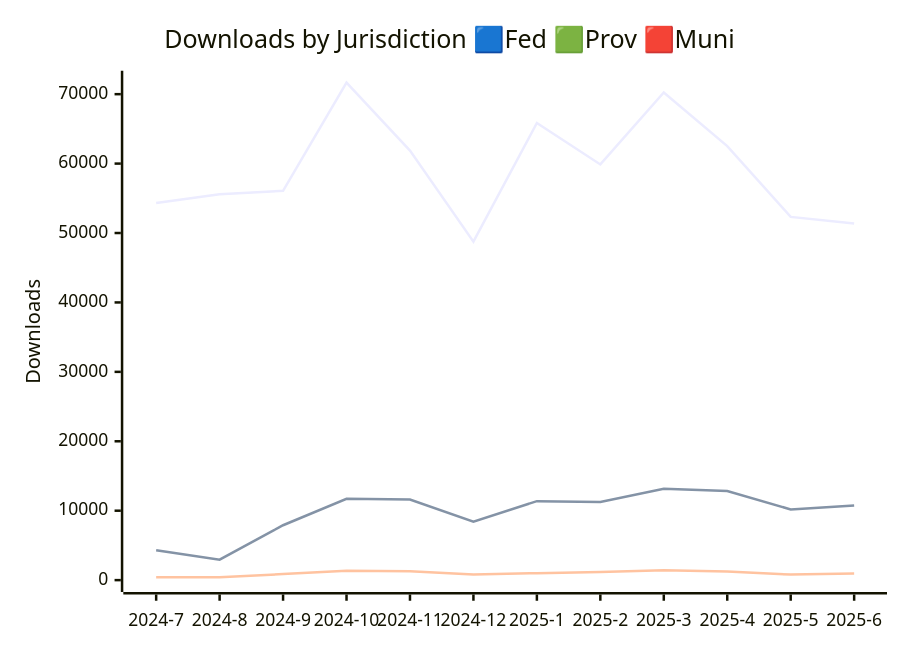
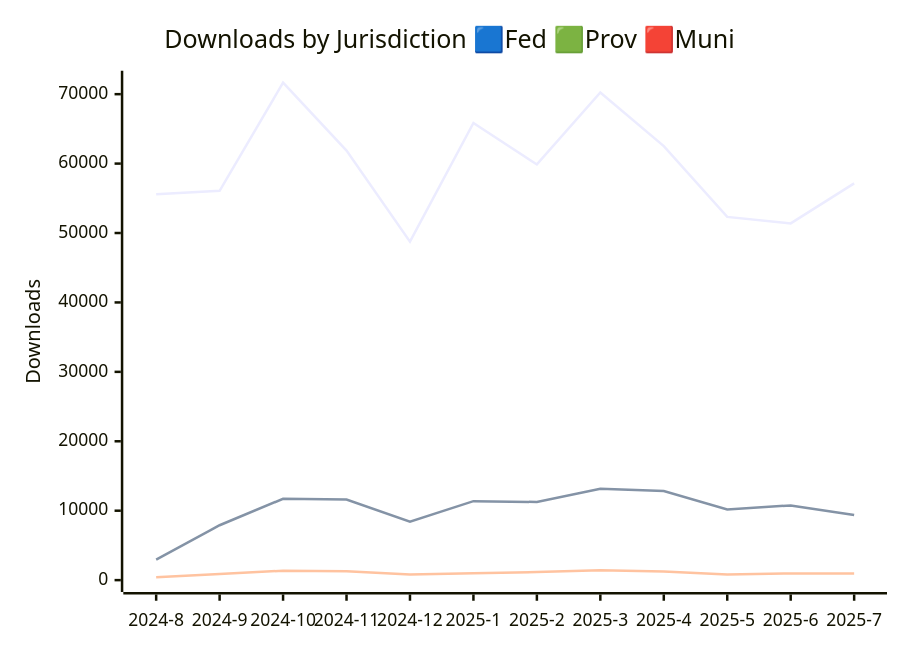
The diagram in JURISDICTION_ANALYTICS_REPORT/readme.md (open-data/analytics-corporate-reporting), drawn with Mermaid before and after one commit. The commit also changed 3 other files, not shown here.

````diff
--- a/JURISDICTION_ANALYTICS_REPORT/readme.md
+++ b/JURISDICTION_ANALYTICS_REPORT/readme.md
@@ -4,10 +4,10 @@
 ```mermaid
 
 xychart-beta
     title "Downloads by Jurisdiction 🟦Fed 🟩Prov 🟥Muni"
-    x-axis [2024-7, 2024-8, 2024-9, 2024-10, 2024-11, 2024-12, 2025-1, 2025-2, 2025-3, 2025-4, 2025-5, 2025-6]
+    x-axis [2024-8, 2024-9, 2024-10, 2024-11, 2024-12, 2025-1, 2025-2, 2025-3, 2025-4, 2025-5, 2025-6, 2025-7]
     y-axis "Downloads" 0 --> 71663
-    line [54331, 55592, 56076, 71653, 61880, 48751, 65843, 59878, 70251, 62520, 52323, 51386]
-    line [4302, 2950, 7908, 11721, 11599, 8410, 11374, 11259, 13159, 12835, 10186, 10758]
-    line [416, 398, 879, 1358, 1267, 801, 1001, 1170, 1408, 1229, 806, 966]
+    line [55592, 56076, 71653, 61880, 48751, 65843, 59878, 70251, 62520, 52323, 51386, 57151]
+    line [2950, 7908, 11721, 11599, 8410, 11374, 11259, 13159, 12835, 10186, 10758, 9371]
+    line [398, 879, 1358, 1267, 801, 1001, 1170, 1408, 1229, 806, 966, 953]
 ```
````
